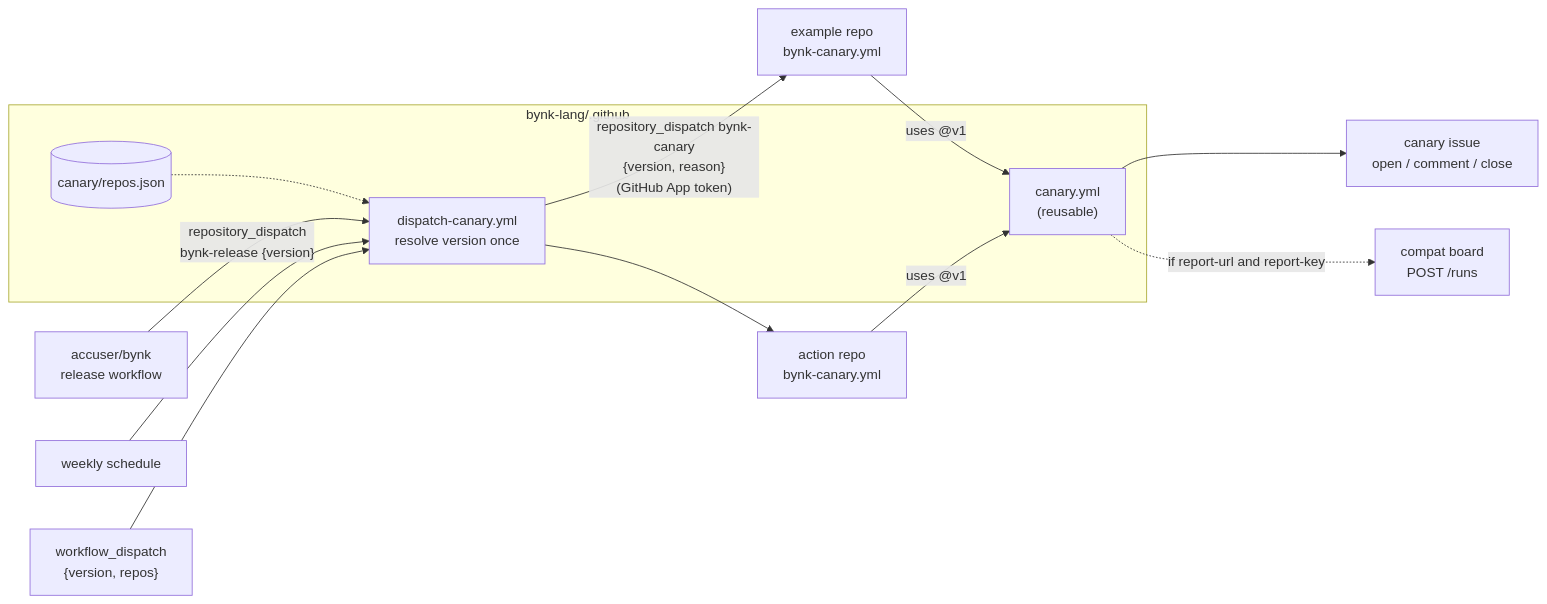
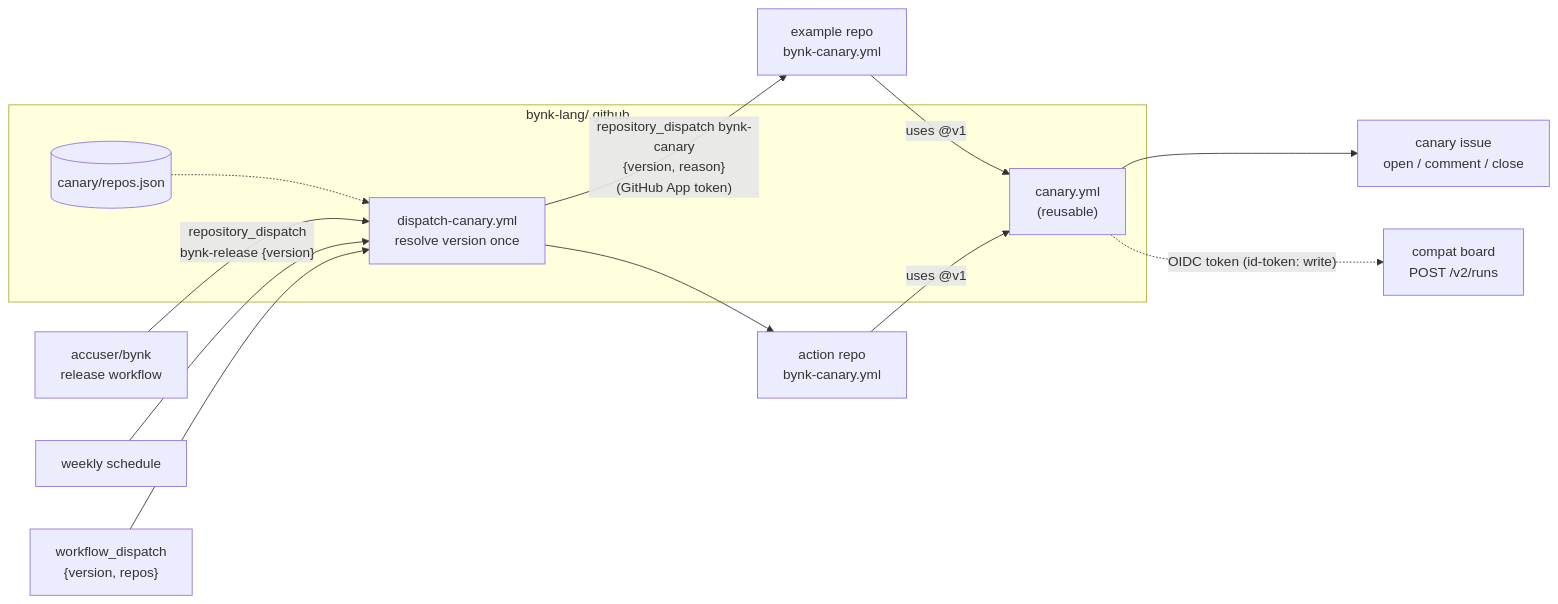
The diagram in canary/README.md (bynk-lang/.github), drawn with Mermaid before and after one commit. The commit also changed other lines of this file and 6 other files, not shown here.

First line of the commit message:
Canary reports with the run's GitHub OIDC token

````diff
--- a/canary/README.md
+++ b/canary/README.md
@@ -9,18 +9,18 @@
 ```mermaid
 flowchart LR
   bynk["accuser/bynk<br/>release workflow"] -- "repository_dispatch<br/>bynk-release {version}" --> D
   cron["weekly schedule"] --> D
   hand["workflow_dispatch<br/>{version, repos}"] --> D
   subgraph org [bynk-lang/.github]
     D["dispatch-canary.yml<br/>resolve version once"]
     R[("canary/repos.json")]
     C["canary.yml<br/>(reusable)"]
     R -.-> D
   end
   D -- "repository_dispatch bynk-canary<br/>{version, reason}<br/>(GitHub App token)" --> E1["example repo<br/>bynk-canary.yml"]
   D -- " " --> E2["action repo<br/>bynk-canary.yml"]
   E1 -- "uses @v1" --> C
   E2 -- "uses @v1" --> C
   C --> I["canary issue<br/>open / comment / close"]
-  C -. "if report-url and report-key" .-> B["compat board<br/>POST /runs"]
+  C -. "OIDC token (id-token: write)" .-> B["compat board<br/>POST /v2/runs"]
 ```
````
